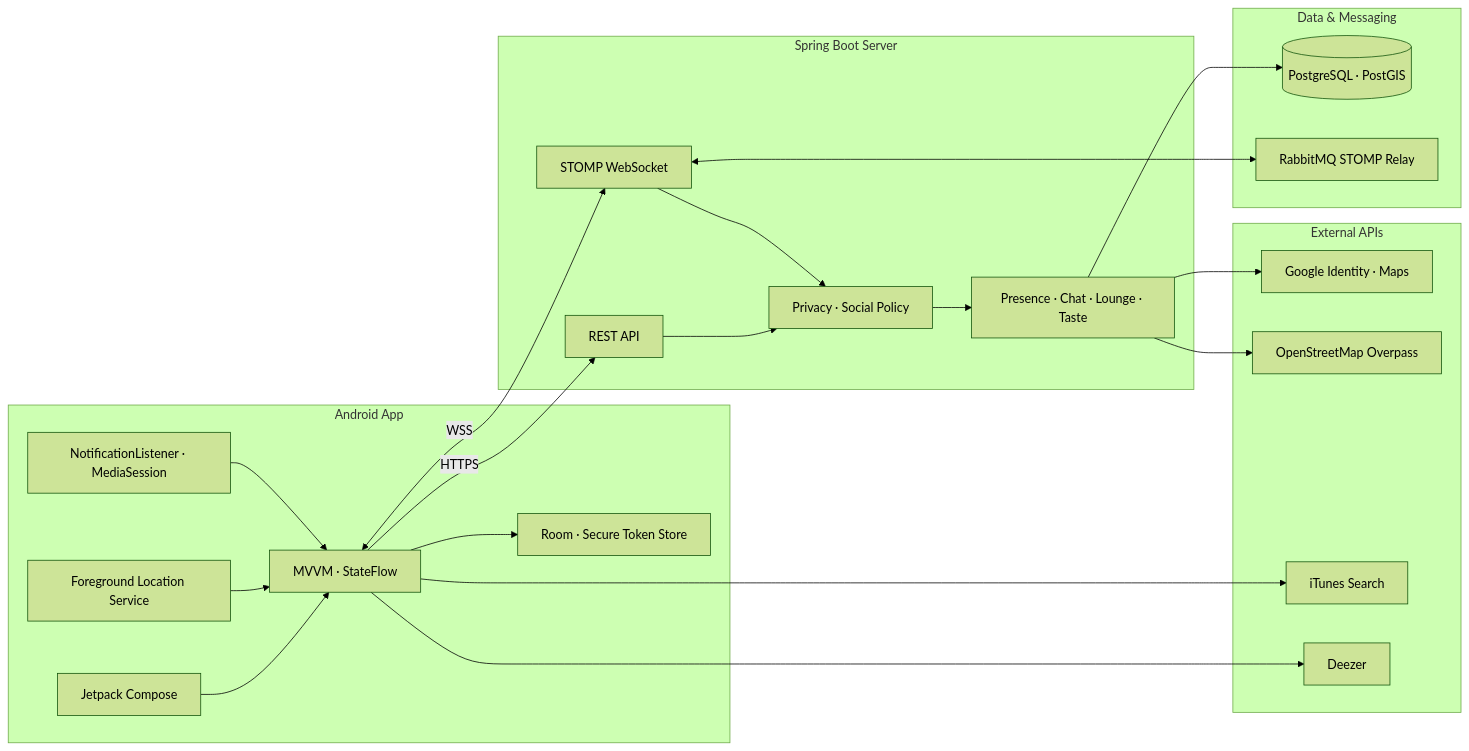
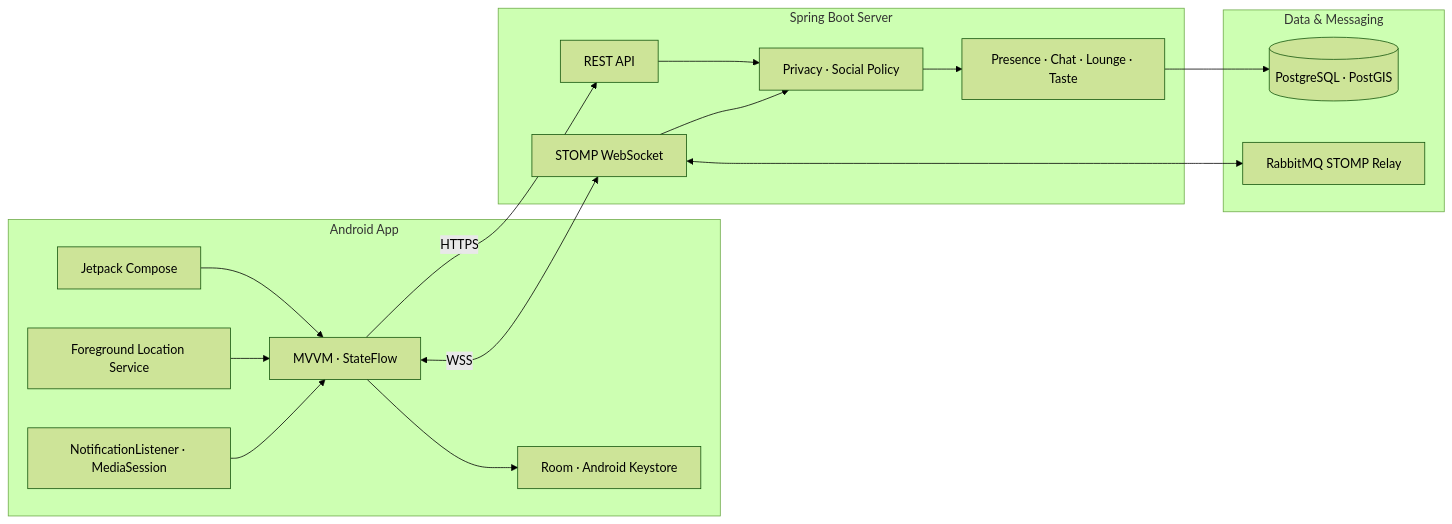
The diagram in README.md (madcamp-official/26s-w2-c3-01), drawn with Mermaid (forest theme) before and after one commit. The commit also changed other lines of this file, not shown here.

````diff
--- a/README.md
+++ b/README.md
@@ -56,44 +89,33 @@
 ```mermaid
 flowchart LR
     subgraph Android[Android App]
         UI[Jetpack Compose]
         VM[MVVM · StateFlow]
-        LOC[Foreground Location Service]
+        LOCATION[Foreground Location Service]
         MUSIC[NotificationListener · MediaSession]
-        LOCAL[Room · Secure Token Store]
+        LOCAL[Room · Android Keystore]
     end
 
-    subgraph Server[Spring Boot Server]
+    subgraph Backend[Spring Boot Server]
         REST[REST API]
-        WS[STOMP WebSocket]
+        STOMP[STOMP WebSocket]
         POLICY[Privacy · Social Policy]
         DOMAIN[Presence · Chat · Lounge · Taste]
     end
 
     subgraph Data[Data & Messaging]
         DB[(PostgreSQL · PostGIS)]
         MQ[RabbitMQ STOMP Relay]
     end
 
-    subgraph External[External APIs]
-        GOOGLE[Google Identity · Maps]
-        OSM[OpenStreetMap Overpass]
-        ITUNES[iTunes Search]
-        DEEZER[Deezer]
-    end
-
     UI --> VM
-    LOC --> VM
+    LOCATION --> VM
     MUSIC --> VM
     VM --> LOCAL
     VM -->|HTTPS| REST
-    VM <-->|WSS| WS
+    VM <-->|WSS| STOMP
     REST --> POLICY --> DOMAIN
-    WS --> POLICY
+    STOMP --> POLICY
     DOMAIN --> DB
-    WS <--> MQ
-    DOMAIN --> GOOGLE
-    DOMAIN --> OSM
-    VM --> ITUNES
-    VM --> DEEZER
+    STOMP <--> MQ
 ```
````
